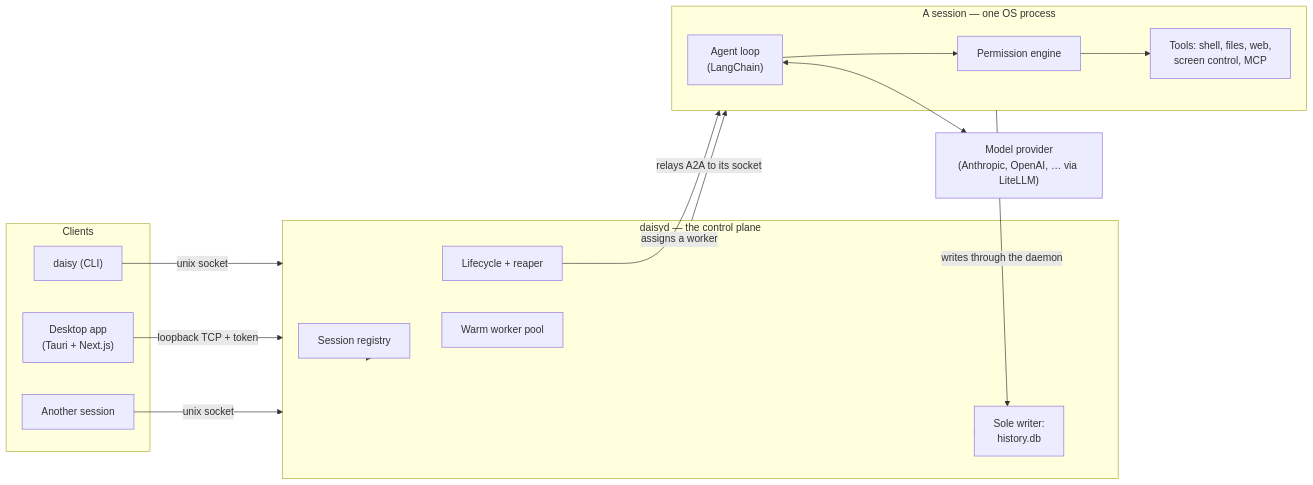
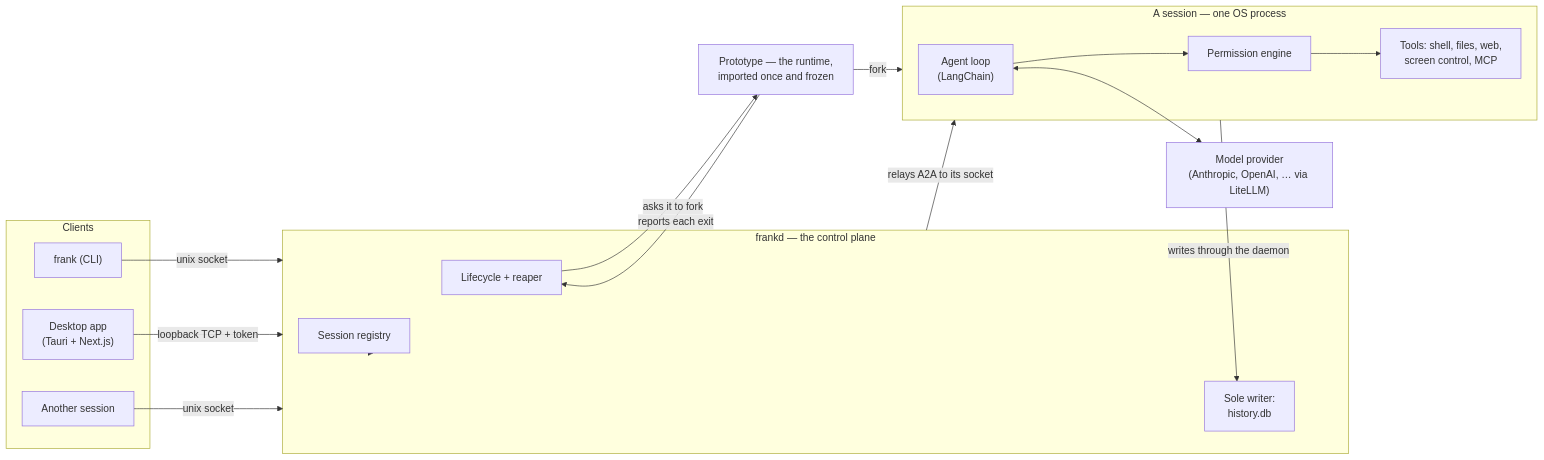
One commit to ghovax/frank changed the diagram in documentation/architecture.md. Above: the diagram before and after it, drawn with Mermaid. The commit also changed other lines of this file and 376 other files, not shown here.

First line of the commit message:
What must be resident: the prototype, the durable session, and the harness as a library you can actually embed (#13)

````diff
--- a/documentation/architecture.md
+++ b/documentation/architecture.md
@@ -5,33 +5,36 @@
 ```mermaid
 flowchart LR
     subgraph Clients
-        Cli["daisy (CLI)"]
+        Cli["frank (CLI)"]
         App["Desktop app<br/>(Tauri + Next.js)"]
         Peer["Another session"]
     end
 
-    subgraph Daemon["daisyd — the control plane"]
+    subgraph Daemon["frankd — the control plane"]
         Registry["Session registry"]
         Lifecycle["Lifecycle + reaper"]
-        Pool["Warm worker pool"]
         Stores["Sole writer:<br/>history.db"]
     end
+
+    Prototype["Prototype — the runtime,<br/>imported once and frozen"]
 
     subgraph Session["A session — one OS process"]
         Executor["Agent loop<br/>(LangChain)"]
         Permissions["Permission engine"]
         Tools["Tools: shell, files, web,<br/>screen control, MCP"]
     end
 
     ModelProvider["Model provider<br/>(Anthropic, OpenAI, … via LiteLLM)"]
 
     Cli -->|unix socket| Daemon
     App -->|loopback TCP + token| Daemon
     Peer -->|unix socket| Daemon
-    Daemon --> Registry & Lifecycle & Pool & Stores
-    Lifecycle -->|assigns a worker| Session
+    Daemon --> Registry & Lifecycle & Stores
+    Lifecycle -->|asks it to fork| Prototype
+    Prototype -->|fork| Session
+    Prototype -->|reports each exit| Lifecycle
     Daemon -->|relays A2A to its socket| Session
     Session -->|writes through the daemon| Stores
     Executor --> Permissions --> Tools
     Executor <--> ModelProvider
 ```
````
